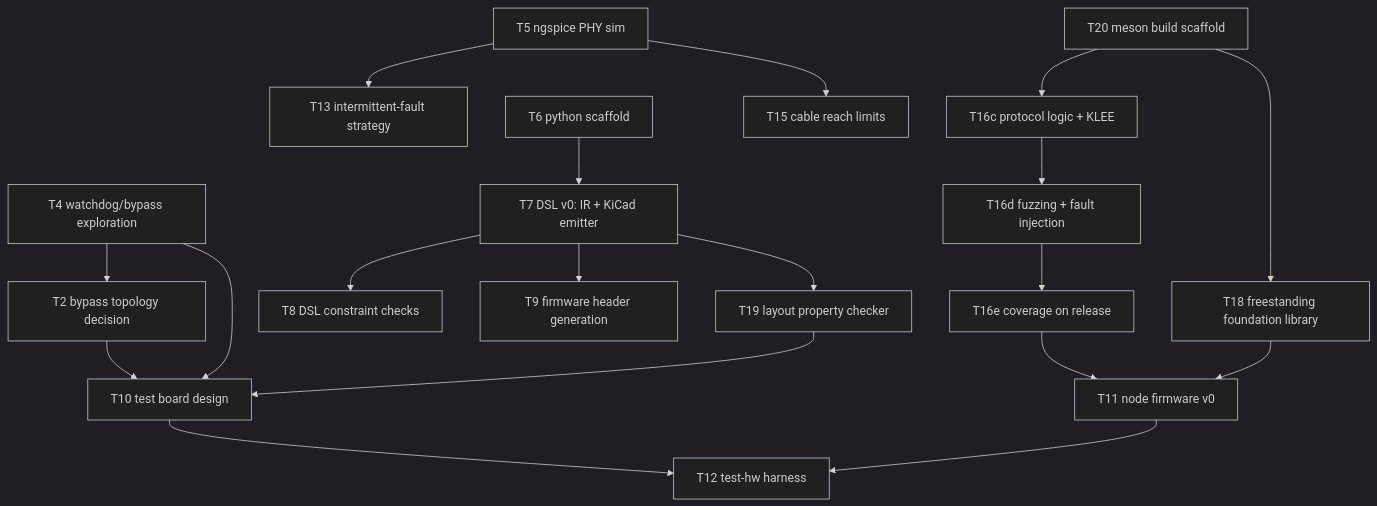
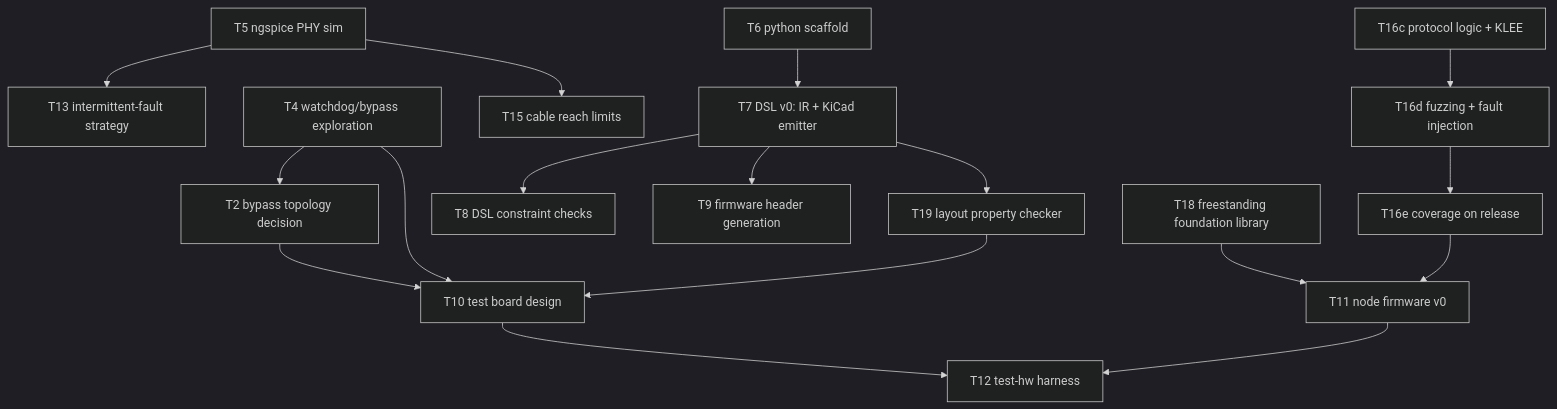
One commit to kristofferkoch/oparroy changed the diagram in KANBAN.md. Above: the diagram before and after it, drawn with Mermaid (dark theme). The commit also changed other lines of this file and 12 other files, not shown here.

Commit message:
T20: meson build scaffold, reproducibility gate

````diff
--- a/KANBAN.md
+++ b/KANBAN.md
@@ -34,21 +34,19 @@
 ```mermaid
 graph TD
     T5[T5 ngspice PHY sim] --> T13[T13 intermittent-fault strategy]
     T4[T4 watchdog/bypass exploration] --> T2[T2 bypass topology decision]
     T2 --> T10[T10 test board design]
     T4 --> T10
     T19 --> T10
     T6[T6 python scaffold] --> T7[T7 DSL v0: IR + KiCad emitter]
     T7 --> T8[T8 DSL constraint checks]
     T7 --> T9[T9 firmware header generation]
     T7 --> T19[T19 layout property checker]
     T10 --> T12[T12 test-hw harness]
     T11 --> T12
     T5 --> T15[T15 cable reach limits]
     T16c[T16c protocol logic + KLEE] --> T16d[T16d fuzzing + fault injection]
     T16d --> T16e[T16e coverage on release]
     T16e --> T11[T11 node firmware v0]
     T18[T18 freestanding foundation library] --> T11
-    T20[T20 meson build scaffold] --> T16c
-    T20 --> T18
 ```
````
